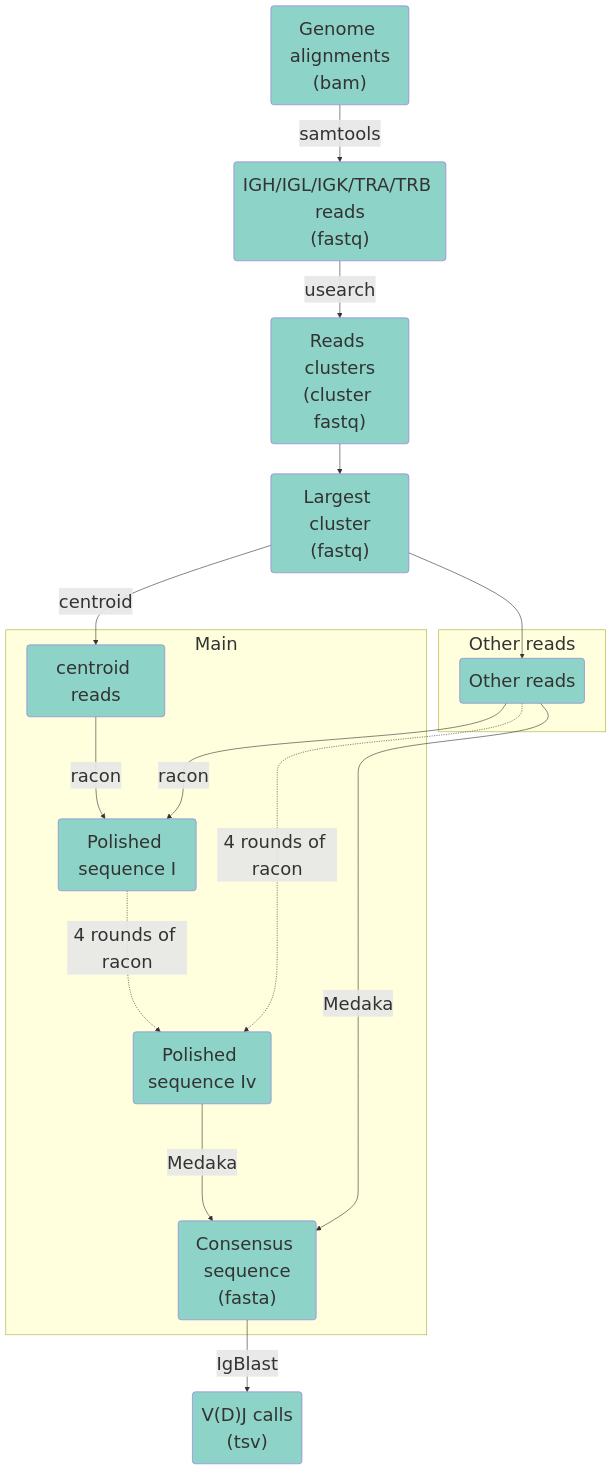
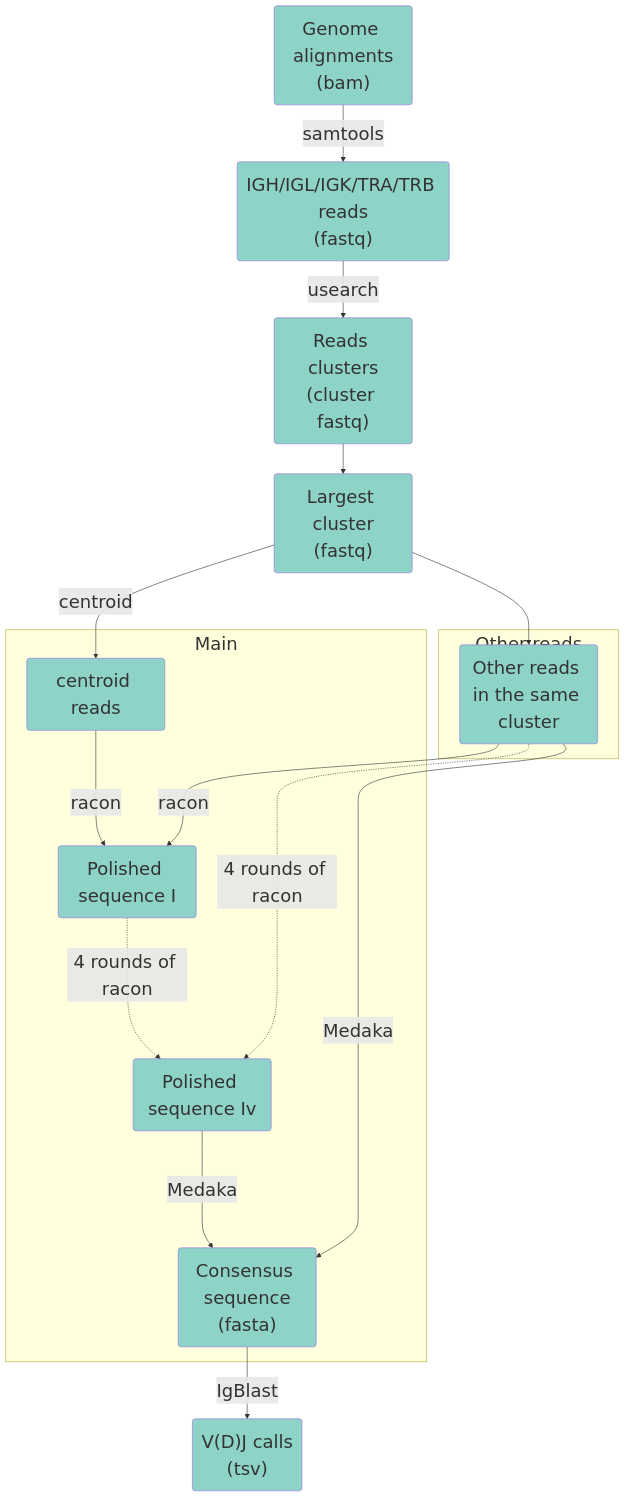
One commit to liuzhenyu-yyy/SCAN-seq2 changed the third of 4 diagrams in README.md. Above: the diagram before and after it, drawn with Mermaid.

Commit message:
change flow chart

````diff
--- a/README.md
+++ b/README.md
@@ -45,25 +45,25 @@
 ```mermaid
 %%{init: {"theme": "default", 'themeVariables': { "fontSize": "30px","fontFamily": "Arial"}}}%%
 graph TD
 
 Align_Genome("Genome alignments</br>(bam)"):::sc -- samtools --> reads("IGH/IGL/IGK/TRA/TRB reads<br/>(fastq)"):::sc --usearch--> cluster("Reads clusters</br>(cluster fastq)"):::sc--> large_clustrer("Largest cluster</br>(fastq)"):::sc--centroid--> centroid("centroid reads"):::sc
-large_clustrer --> Other("Other reads"):::sc
+large_clustrer --> Other("Other reads in the same cluster"):::sc
 
 subgraph Main 
 centroid  --racon---> pol1(Polished sequence I):::sc
 pol1 -.4 rounds of racon..->pol4(Polished sequence Iv):::sc -- Medaka ----> con("Consensus sequence</br>(fasta)"):::sc
 end
 
 subgraph Other reads
 Other --racon---> pol1
 Other -. 4 rounds of racon.->pol4
 Other -- Medaka --> con("Consensus sequence</br>(fasta)")
 end
 
 con --IgBlast--> VDJ("V(D)J calls</br>(tsv)"):::sc
 
 classDef merge fill:#bebada,stroke:#000000;
 classDef cl fill:#fb8072,stroke:#000000;
 classDef sc fill:#8dd3c7,stroke:#00000;
 classDef down fill:#b3de69,stroke:#000000;
 ```
````
